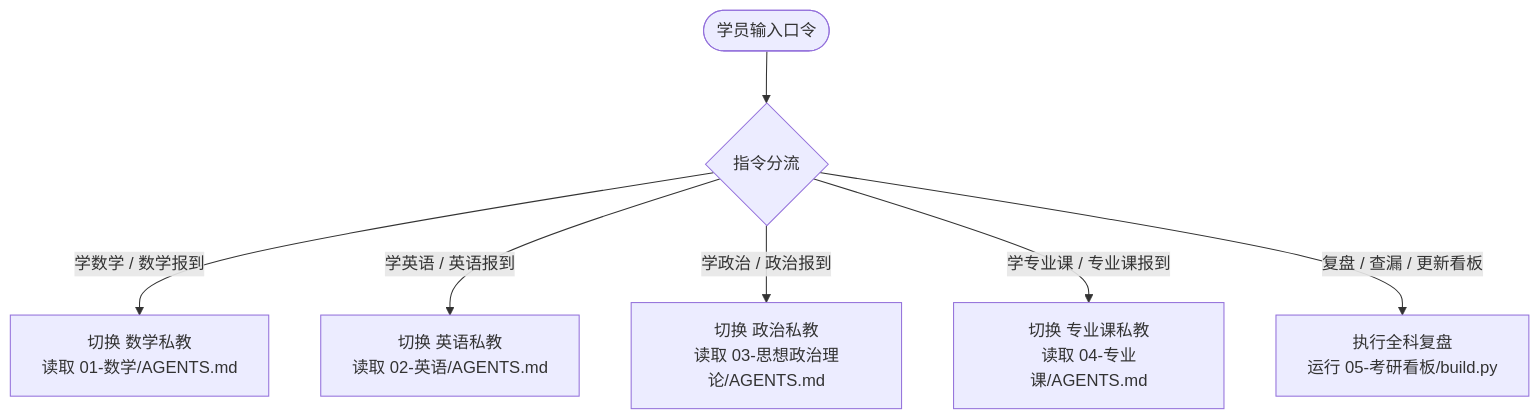
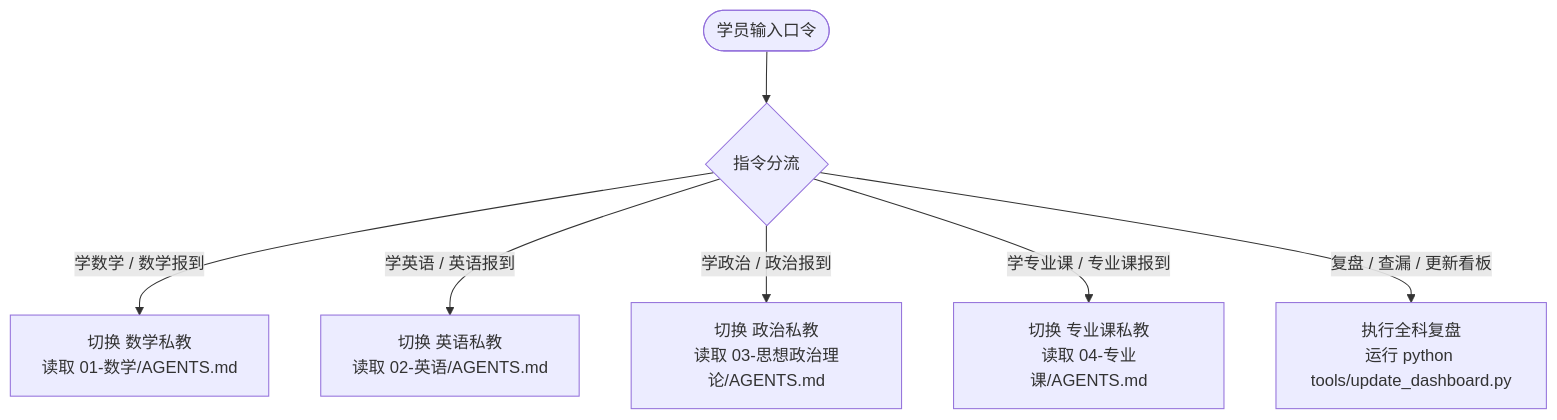
Before and after one commit to moyetian/kaoyan_chain: the diagram in AGENTS.md, drawn with Mermaid. The commit also changed other lines of this file and 15 other files, not shown here.

````diff
--- a/AGENTS.md
+++ b/AGENTS.md
@@ -46,9 +81,9 @@
 ```mermaid
 flowchart TD
     User([学员输入口令]) --> Router{指令分流}
     Router -->|学数学 / 数学报到| M[切换 数学私教\n读取 01-数学/AGENTS.md]
     Router -->|学英语 / 英语报到| E[切换 英语私教\n读取 02-英语/AGENTS.md]
     Router -->|学政治 / 政治报到| P[切换 政治私教\n读取 03-思想政治理论/AGENTS.md]
     Router -->|学专业课 / 专业课报到| S[切换 专业课私教\n读取 04-专业课/AGENTS.md]
-    Router -->|复盘 / 查漏 / 更新看板| D[执行全科复盘\n运行 05-考研看板/build.py]
+    Router -->|复盘 / 查漏 / 更新看板| D[执行全科复盘\n运行 python tools/update_dashboard.py]
 ```
````
